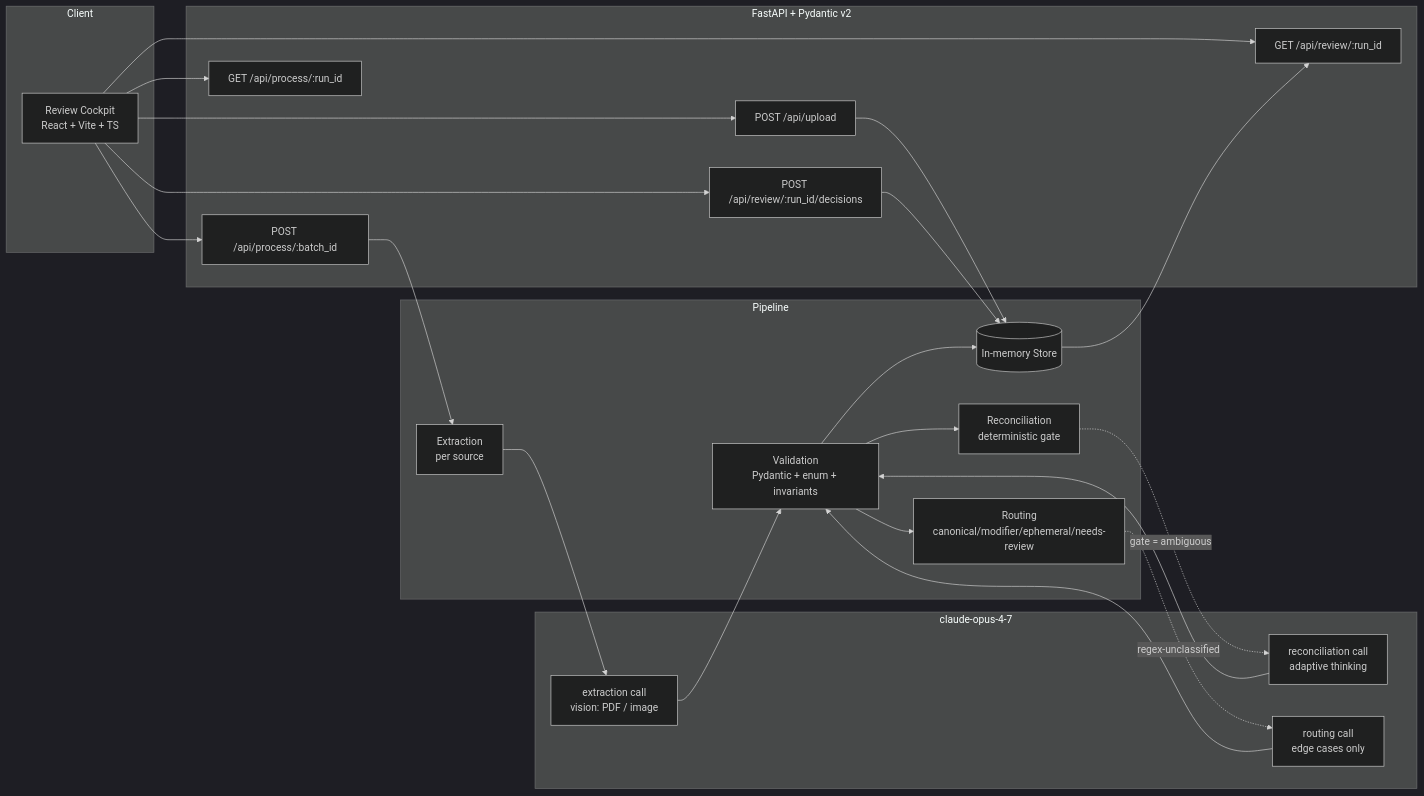
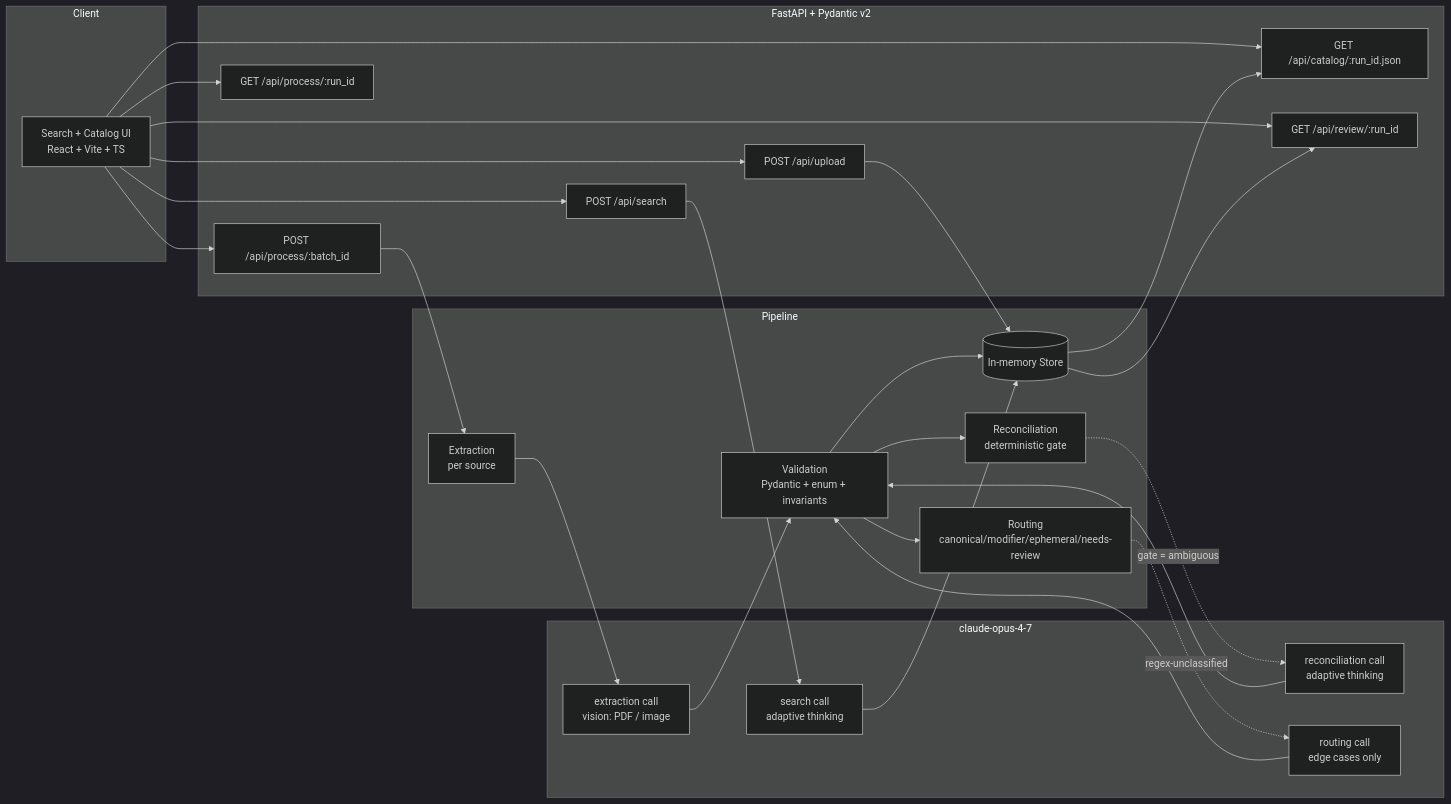
The diagram in README.md (NicoArce10/Mise), drawn with Mermaid (dark theme) before and after one commit. The commit also changed other lines of this file and 308 other files, not shown here.

````diff
--- a/README.md
+++ b/README.md
@@ -67,36 +82,38 @@
 ```mermaid
 flowchart LR
   subgraph Client
-    UI[Review Cockpit<br/>React + Vite + TS]
+    UI[Search + Catalog UI<br/>React + Vite + TS]
   end
 
   subgraph API[FastAPI + Pydantic v2]
     UP[POST /api/upload]
     PR[POST /api/process/:batch_id]
     PS[GET /api/process/:run_id]
+    SE[POST /api/search]
+    CA[GET /api/catalog/:run_id.json]
     RV[GET /api/review/:run_id]
-    DC[POST /api/review/:run_id/decisions]
   end
 
   subgraph Pipeline
     EX[Extraction<br/>per source]
     RE[Reconciliation<br/>deterministic gate]
     RT[Routing<br/>canonical/modifier/ephemeral/needs-review]
     VA[Validation<br/>Pydantic + enum + invariants]
     ST[(In-memory Store)]
   end
 
   subgraph Opus[claude-opus-4-7]
     OX[extraction call<br/>vision: PDF / image]
     OR_A[reconciliation call<br/>adaptive thinking]
     ORT[routing call<br/>edge cases only]
+    OS[search call<br/>adaptive thinking]
   end
 
-  UI --> UP & PR & PS & RV & DC
+  UI --> UP & PR & PS & RV & SE & CA
   UP --> ST
   PR --> EX --> OX --> VA --> RE
   RE -. gate = ambiguous .-> OR_A --> VA --> RT
   RT -. regex-unclassified .-> ORT --> VA --> ST
-  ST --> RV
-  DC --> ST
+  ST --> RV & CA
+  SE --> OS --> ST
 ```
````
